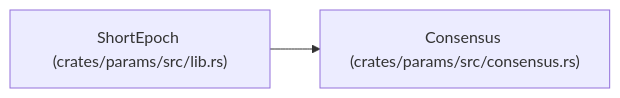
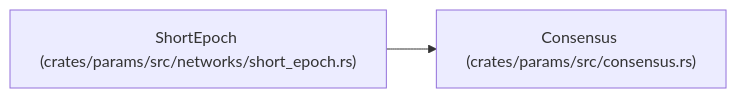
The diagram in docs/llm_wiki/entities/ShortEpoch.md (tcrypt25519/zkpow), drawn with Mermaid before and after one commit. The commit also changed other lines of this file and 42 other files, not shown here.

````diff
--- a/docs/llm_wiki/entities/ShortEpoch.md
+++ b/docs/llm_wiki/entities/ShortEpoch.md
@@ -28,8 +23,8 @@
 ```mermaid
 flowchart LR
-    n0["ShortEpoch (crates/params/src/lib.rs)"]
+    n0["ShortEpoch (crates/params/src/networks/short_epoch.rs)"]
     n1["Consensus (crates/params/src/consensus.rs)"]
     n0 --> n1
-    click n0 "../modules/params_src_lib.md"
+    click n0 "../modules/short_epoch.md"
     click n1 "../modules/consensus.md"
 ```
````
